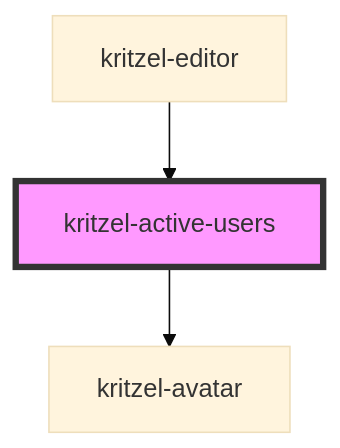
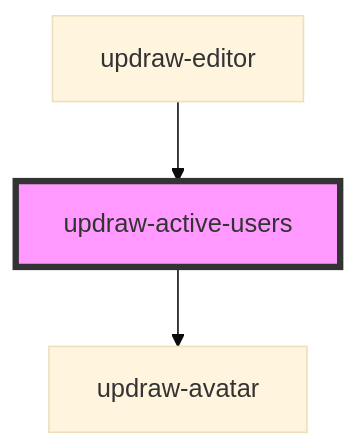
One commit to kasual1/kritzel changed the diagram in libs/editor/core/src/components/updraw-active-users/readme.md. Above: the diagram before and after it, drawn with Mermaid (base theme). The commit also changed other lines of this file and 1129 other files, not shown here.

First line of the commit message:
Replace kritzel with updraw across the codebase

````diff
--- a/libs/editor/core/src/components/updraw-active-users/readme.md
+++ b/libs/editor/core/src/components/updraw-active-users/readme.md
@@ -30,6 +30,6 @@
 ```mermaid
 graph TD;
-  kritzel-active-users --> kritzel-avatar
-  kritzel-editor --> kritzel-active-users
-  style kritzel-active-users fill:#f9f,stroke:#333,stroke-width:4px
+  updraw-active-users --> updraw-avatar
+  updraw-editor --> updraw-active-users
+  style updraw-active-users fill:#f9f,stroke:#333,stroke-width:4px
 ```
````
